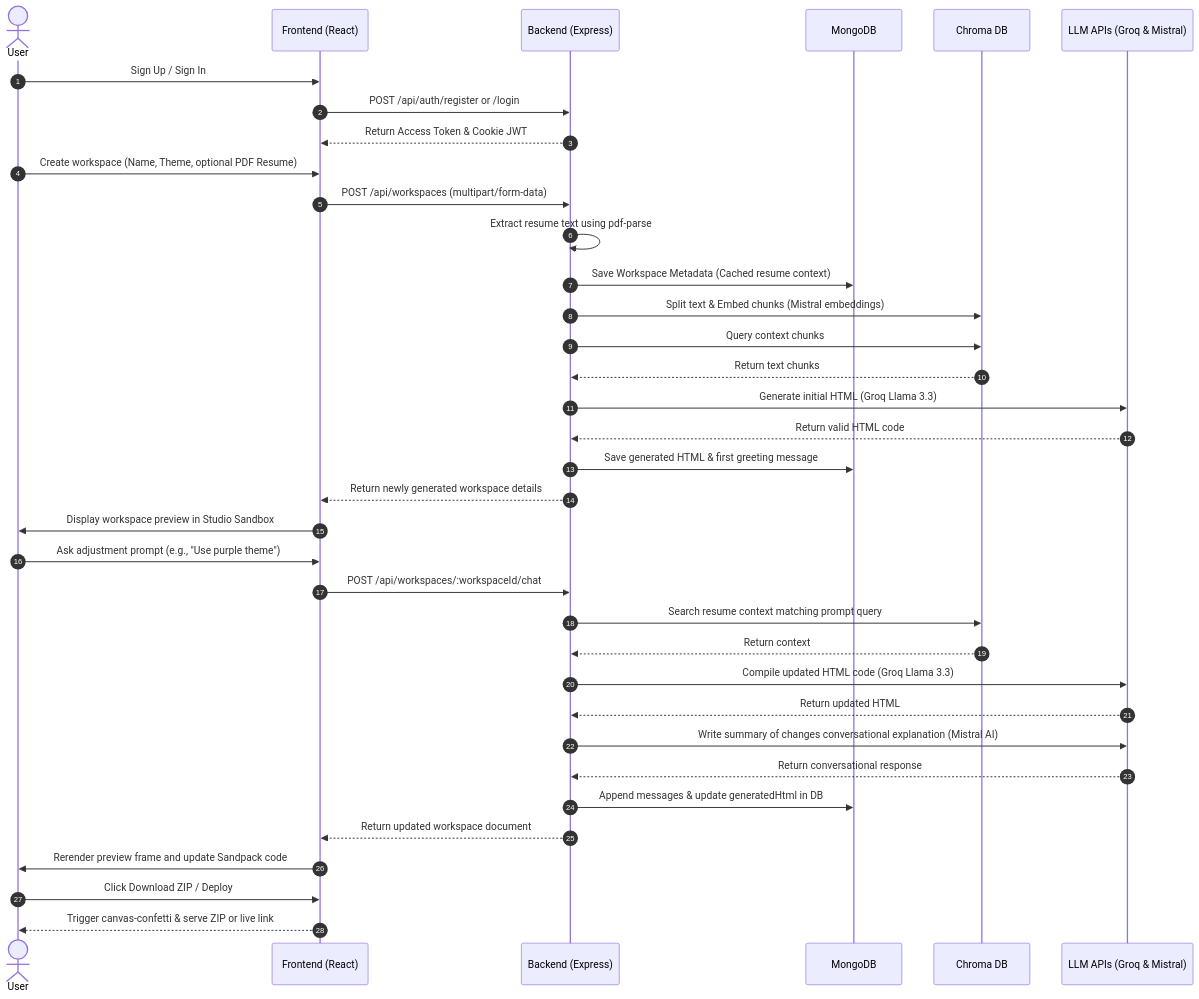
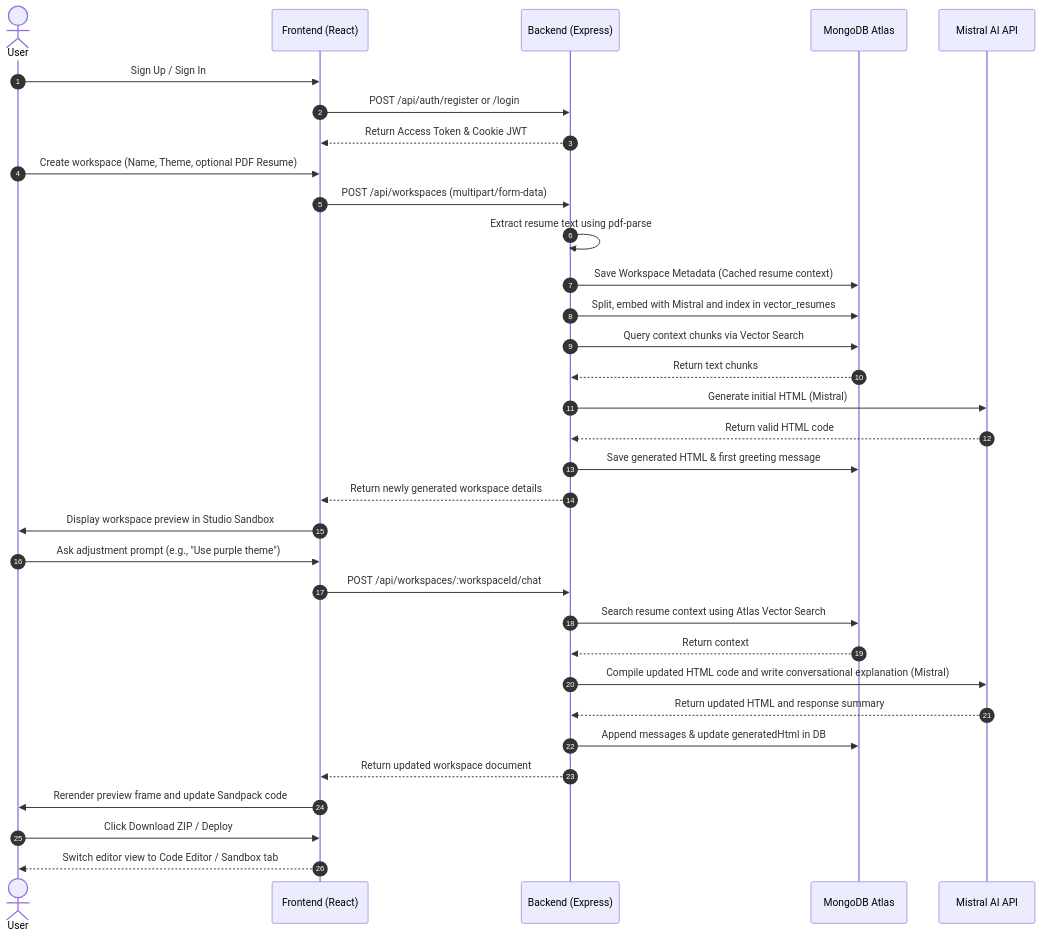
One commit to dushu-108/Portfolio-Builder changed the second of 2 diagrams in README.md. Above: the diagram before and after it, drawn with Mermaid. The commit also changed other lines of this file, not shown here.

Commit message:
docs: update architecture, diagrams, and components in README

````diff
--- a/README.md
+++ b/README.md
@@ -24,42 +22,39 @@
 ```mermaid
 sequenceDiagram
     autonumber
     actor User
     participant FE as Frontend (React)
     participant BE as Backend (Express)
-    participant DB as MongoDB
-    participant Chroma as Chroma DB
-    participant LLM as LLM APIs (Groq & Mistral)
+    participant DB as MongoDB Atlas
+    participant LLM as Mistral AI API
 
     User->>FE: Sign Up / Sign In
     FE->>BE: POST /api/auth/register or /login
     BE-->>FE: Return Access Token & Cookie JWT
 
     User->>FE: Create workspace (Name, Theme, optional PDF Resume)
     FE->>BE: POST /api/workspaces (multipart/form-data)
     BE->>BE: Extract resume text using pdf-parse
     BE->>DB: Save Workspace Metadata (Cached resume context)
-    BE->>Chroma: Split text & Embed chunks (Mistral embeddings)
-    BE->>Chroma: Query context chunks
-    Chroma-->>BE: Return text chunks
-    BE->>LLM: Generate initial HTML (Groq Llama 3.3)
+    BE->>DB: Split, embed with Mistral and index in vector_resumes
+    BE->>DB: Query context chunks via Vector Search
+    DB-->>BE: Return text chunks
+    BE->>LLM: Generate initial HTML (Mistral)
     LLM-->>BE: Return valid HTML code
     BE->>DB: Save generated HTML & first greeting message
     BE-->>FE: Return newly generated workspace details
     FE->>User: Display workspace preview in Studio Sandbox
 
     User->>FE: Ask adjustment prompt (e.g., "Use purple theme")
     FE->>BE: POST /api/workspaces/:workspaceId/chat
-    BE->>Chroma: Search resume context matching prompt query
-    Chroma-->>BE: Return context
-    BE->>LLM: Compile updated HTML code (Groq Llama 3.3)
-    LLM-->>BE: Return updated HTML
-    BE->>LLM: Write summary of changes conversational explanation (Mistral AI)
-    LLM-->>BE: Return conversational response
+    BE->>DB: Search resume context using Atlas Vector Search
+    DB-->>BE: Return context
+    BE->>LLM: Compile updated HTML code and write conversational explanation (Mistral)
+    LLM-->>BE: Return updated HTML and response summary
     BE->>DB: Append messages & update generatedHtml in DB
     BE-->>FE: Return updated workspace document
     FE->>User: Rerender preview frame and update Sandpack code
 
     User->>FE: Click Download ZIP / Deploy
-    FE-->>User: Trigger canvas-confetti & serve ZIP or live link
+    FE-->>User: Switch editor view to Code Editor / Sandbox tab
 ```
````
